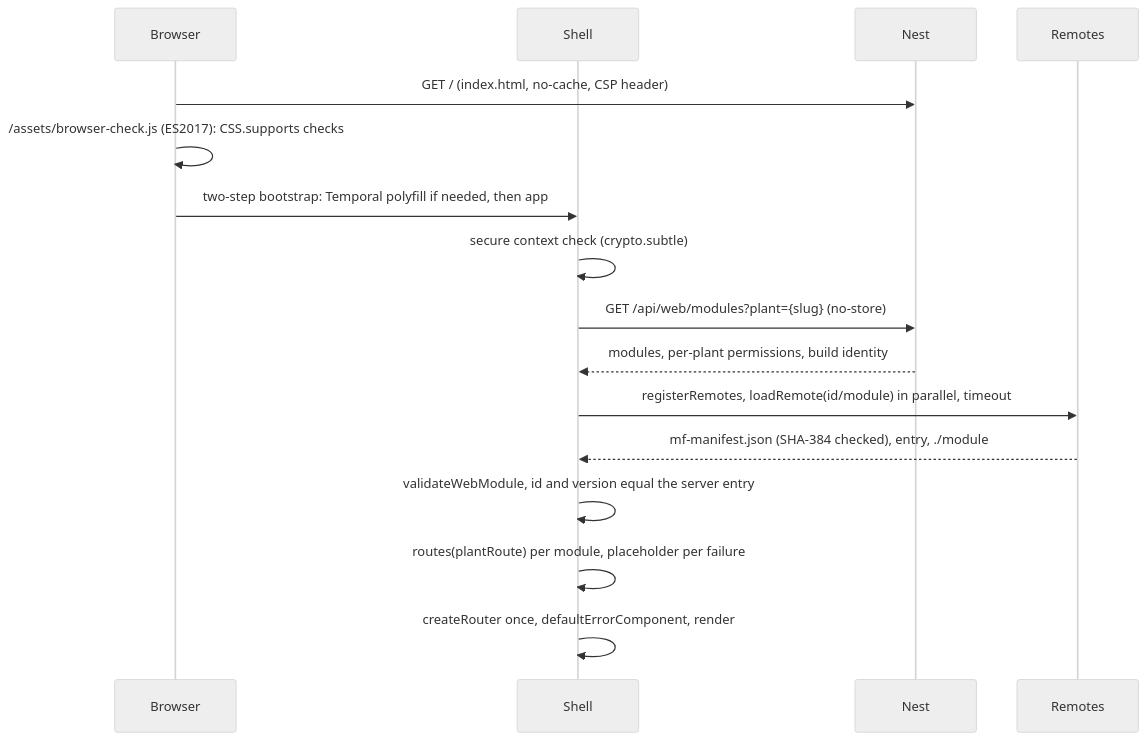
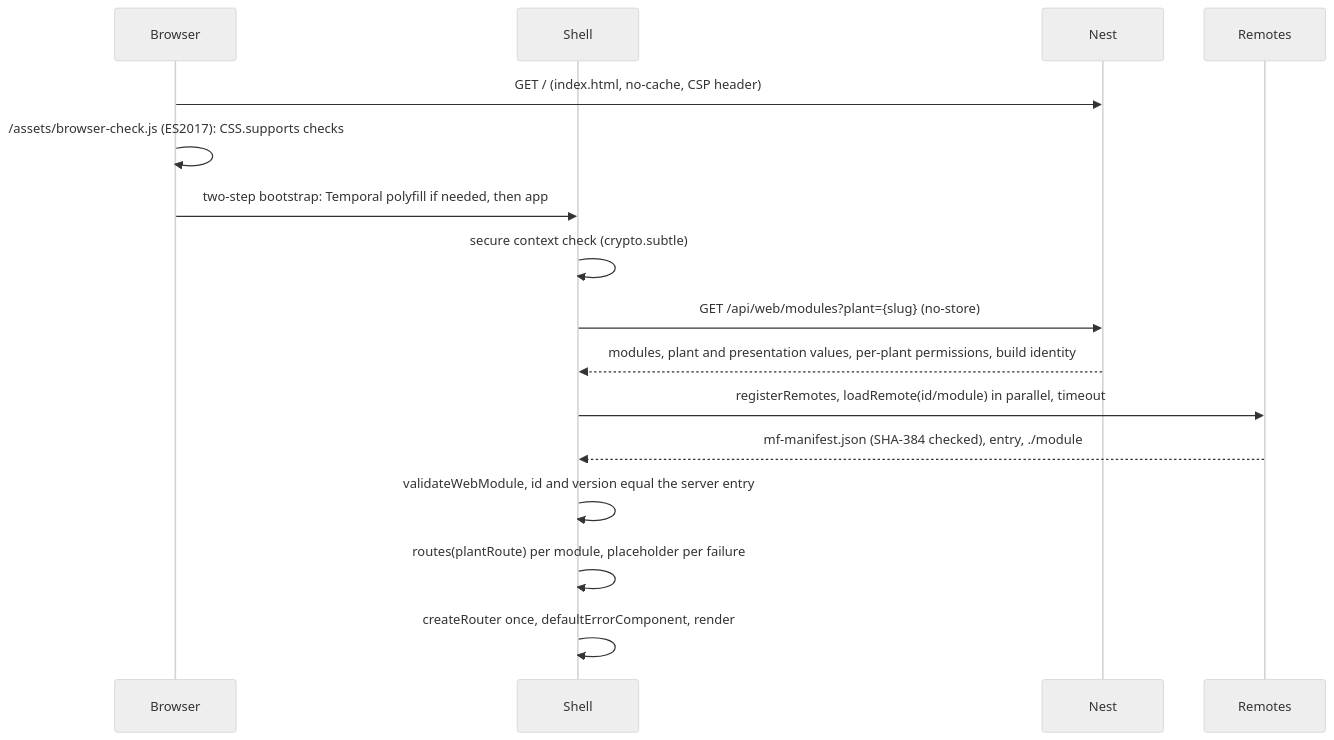
Before and after one commit to northMES/northmes: the second of 4 diagrams in docs/plan/06-web-and-ux.md, drawn with Mermaid (neutral theme). The commit also changed other lines of this file and 28 other files, not shown here.

````diff
--- a/docs/plan/06-web-and-ux.md
+++ b/docs/plan/06-web-and-ux.md
@@ -136,18 +142,18 @@
 ```mermaid
 sequenceDiagram
   participant B as Browser
   participant S as Shell
   participant N as Nest
   participant R as Remotes
   B->>N: GET / (index.html, no-cache, CSP header)
   B->>B: /assets/browser-check.js (ES2017): CSS.supports checks
   B->>S: two-step bootstrap: Temporal polyfill if needed, then app
   S->>S: secure context check (crypto.subtle)
   S->>N: GET /api/web/modules?plant={slug} (no-store)
-  N-->>S: modules, per-plant permissions, build identity
+  N-->>S: modules, plant and presentation values, per-plant permissions, build identity
   S->>R: registerRemotes, loadRemote(id/module) in parallel, timeout
   R-->>S: mf-manifest.json (SHA-384 checked), entry, ./module
   S->>S: validateWebModule, id and version equal the server entry
   S->>S: routes(plantRoute) per module, placeholder per failure
   S->>S: createRouter once, defaultErrorComponent, render
 ```
````
